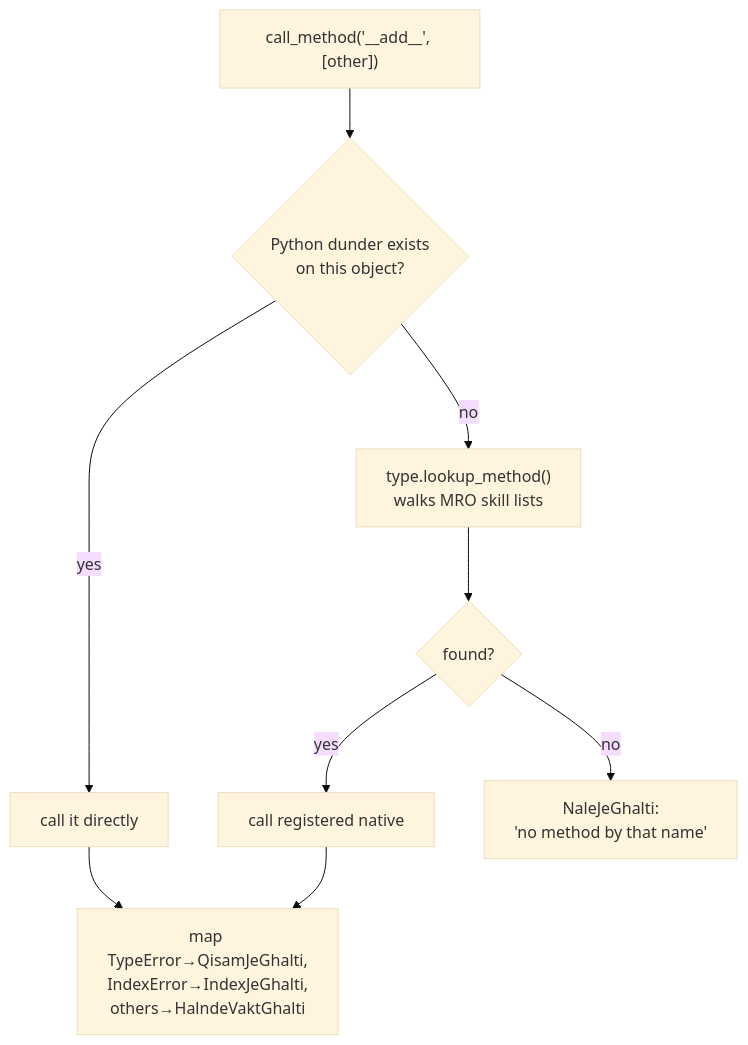
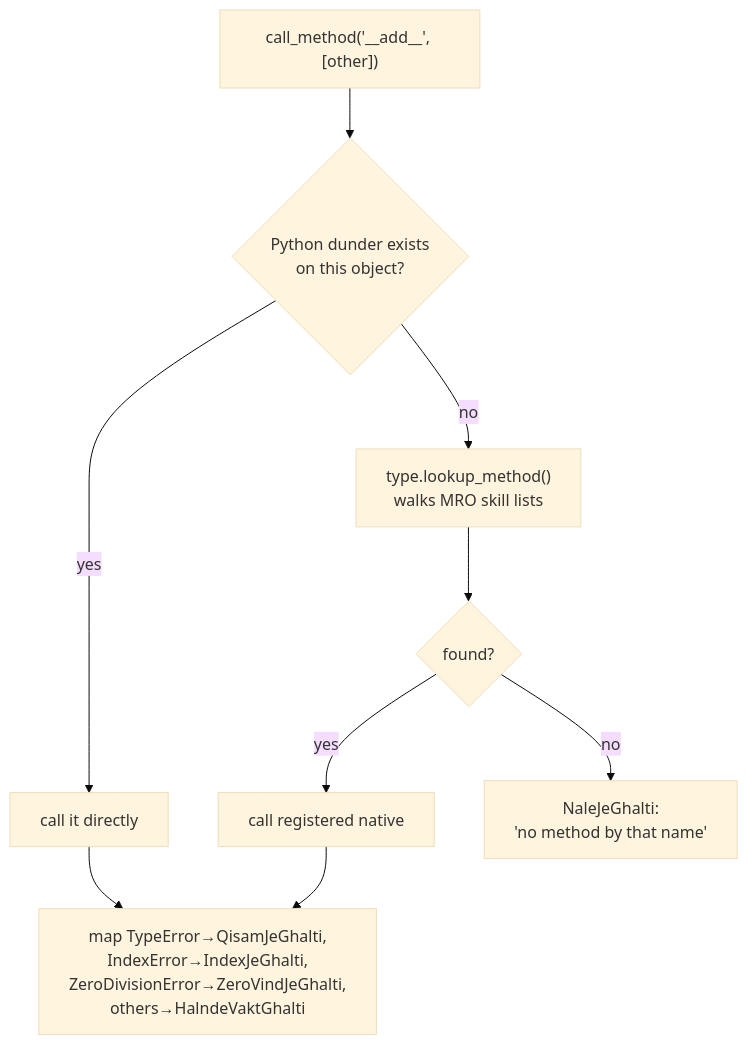
The second of 2 diagrams in book/src/object-model.md (AmanatAliPanhwer/Sindlish), drawn with Mermaid (base theme) before and after one commit. The commit also changed 7 other files, not shown here.

Commit message:
docs(errors): reconcile review findings - anchors, sample, maps, operator list, roadmap counts (#33)

````diff
--- a/book/src/object-model.md
+++ b/book/src/object-model.md
@@ -42,11 +42,11 @@
 ```mermaid
 flowchart TD
     A["call_method('__add__', [other])"] --> B{"Python dunder exists<br>on this object?"}
     B -->|yes| C["call it directly"]
     B -->|no| D["type.lookup_method()<br>walks MRO skill lists"]
     D --> E{"found?"}
     E -->|yes| F["call registered native"]
     E -->|no| G["NaleJeGhalti:<br>'no method by that name'"]
-    C --> H["map TypeError→QisamJeGhalti,<br>IndexError→IndexJeGhalti,<br>others→HalndeVaktGhalti"]
+    C --> H["map TypeError→QisamJeGhalti,<br>IndexError→IndexJeGhalti,<br>ZeroDivisionError→ZeroVindJeGhalti,<br>others→HalndeVaktGhalti"]
     F --> H
 ```
````
